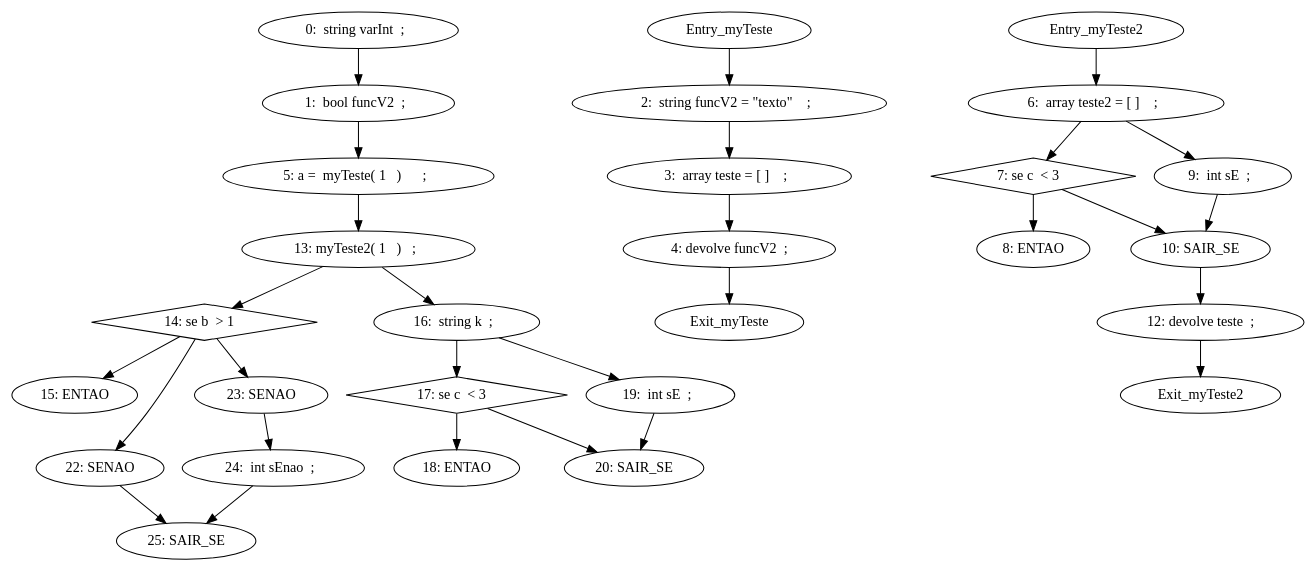
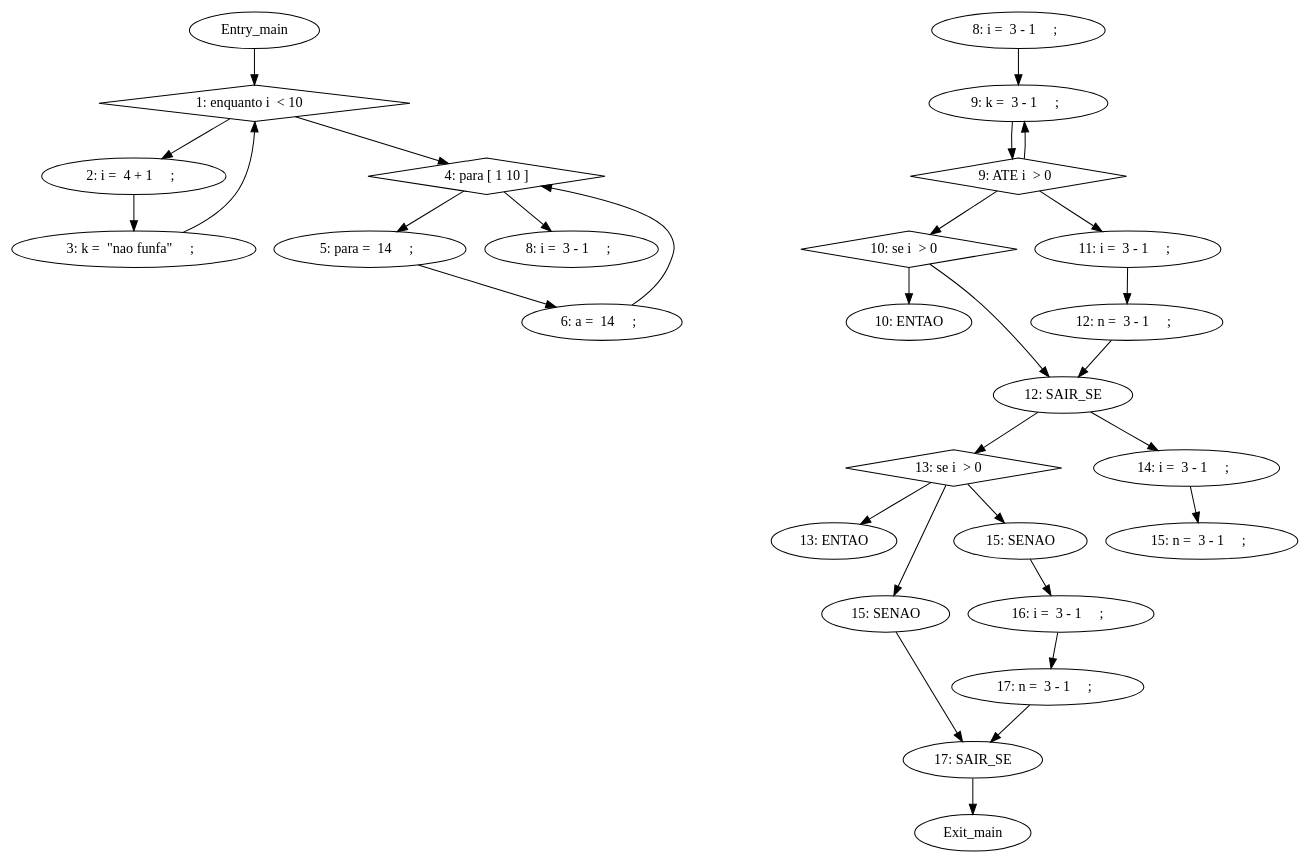
One commit to Yakari144/ImperativeLanguageAnalyser changed the diagram in cfg.dot. Above: the diagram before and after it, drawn with Graphviz. The commit also changed 7 other files, not shown here.

```diff
--- a/cfg.dot
+++ b/cfg.dot
@@ -1,33 +1,37 @@
 digraph G {
-"0:  string varInt  ;  " -> "1:  bool funcV2  ;  "
-"Entry_myTeste" -> "2:  string funcV2 = \"texto\"    ;  "
-"2:  string funcV2 = \"texto\"    ;  " -> "3:  array teste = [ ]    ;  "
-"3:  array teste = [ ]    ;  " -> "4: devolve funcV2  ; "
-"4: devolve funcV2  ; " -> "Exit_myTeste"
-"1:  bool funcV2  ;  " -> "5: a =  myTeste( 1   )      ;  "
-"Entry_myTeste2" -> "6:  array teste2 = [ ]    ;  "
-"6:  array teste2 = [ ]    ;  " -> "7: se c  < 3   "
-"7: se c  < 3   " -> "8: ENTAO"
-"7: se c  < 3   " [shape=diamond]
-"6:  array teste2 = [ ]    ;  " -> "9:  int sE  ;  "
-"9:  int sE  ;  " -> "10: SAIR_SE"
-"7: se c  < 3   " -> "10: SAIR_SE"
-"10: SAIR_SE" -> "12: devolve teste  ; "
-"12: devolve teste  ; " -> "Exit_myTeste2"
-"5: a =  myTeste( 1   )      ;  " -> "13: myTeste2( 1   )   ;  "
-"13: myTeste2( 1   )   ;  " -> "14: se b  > 1   "
-"14: se b  > 1   " -> "15: ENTAO"
-"14: se b  > 1   " [shape=diamond]
-"13: myTeste2( 1   )   ;  " -> "16:  string k  ;  "
-"16:  string k  ;  " -> "17: se c  < 3   "
-"17: se c  < 3   " -> "18: ENTAO"
-"17: se c  < 3   " [shape=diamond]
-"16:  string k  ;  " -> "19:  int sE  ;  "
-"19:  int sE  ;  " -> "20: SAIR_SE"
-"17: se c  < 3   " -> "20: SAIR_SE"
-"14: se b  > 1   " -> "22: SENAO"
-"14: se b  > 1   " -> "23: SENAO "
-"23: SENAO " -> "24:  int sEnao  ;  "
-"24:  int sEnao  ;  " -> "25: SAIR_SE"
-"22: SENAO" -> "25: SAIR_SE"
+"Entry_main" -> "1: enquanto i  < 10   "
+"1: enquanto i  < 10   " [shape=diamond]
+"1: enquanto i  < 10   " -> "2: i =  4 + 1     ;  "
+"2: i =  4 + 1     ;  " -> "3: k =  \"nao funfa\"     ;  "
+"3: k =  \"nao funfa\"     ;  " -> "1: enquanto i  < 10   "
+"1: enquanto i  < 10   " -> "4: para [ 1 10 ] "
+"4: para [ 1 10 ] " [shape=diamond]
+"4: para [ 1 10 ] " -> "5: para =  14     ;  "
+"5: para =  14     ;  " -> "6: a =  14     ;  "
+"6: a =  14     ;  " -> "4: para [ 1 10 ] "
+"4: para [ 1 10 ] " -> "8: i =  3 - 1     ;  "
+"8: i =  3 - 1     ;  
+" -> "9: k =  3 - 1     ;  "
+"9: k =  3 - 1     ;  " -> "9: ATE i  > 0  "
+"9: ATE i  > 0  " -> "9: k =  3 - 1     ;  "
+"9: ATE i  > 0  " [shape=diamond]
+"9: ATE i  > 0  " -> "10: se i  > 0   "
+"10: se i  > 0   " -> "10: ENTAO"
+"10: se i  > 0   " [shape=diamond]
+"9: ATE i  > 0  " -> "11: i =  3 - 1     ;  "
+"11: i =  3 - 1     ;  " -> "12: n =  3 - 1     ;  "
+"12: n =  3 - 1     ;  " -> "12: SAIR_SE"
+"10: se i  > 0   " -> "12: SAIR_SE"
+"12: SAIR_SE" -> "13: se i  > 0   "
+"13: se i  > 0   " -> "13: ENTAO"
+"13: se i  > 0   " [shape=diamond]
+"12: SAIR_SE" -> "14: i =  3 - 1     ;  "
+"14: i =  3 - 1     ;  " -> "15: n =  3 - 1     ;  "
+"13: se i  > 0   " -> "15: SENAO"
+"13: se i  > 0   " -> "15: SENAO "
+"15: SENAO " -> "16: i =  3 - 1     ;  "
+"16: i =  3 - 1     ;  " -> "17: n =  3 - 1     ;  "
+"17: n =  3 - 1     ;  " -> "17: SAIR_SE"
+"15: SENAO" -> "17: SAIR_SE"
+"17: SAIR_SE" -> Exit_main
 }
```
